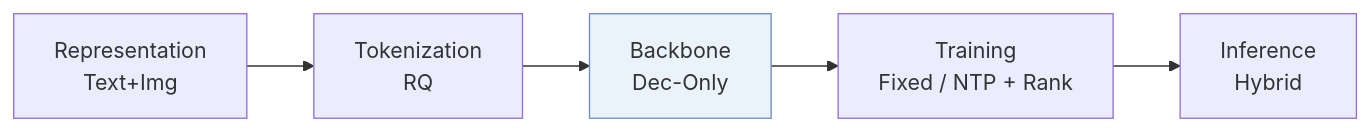
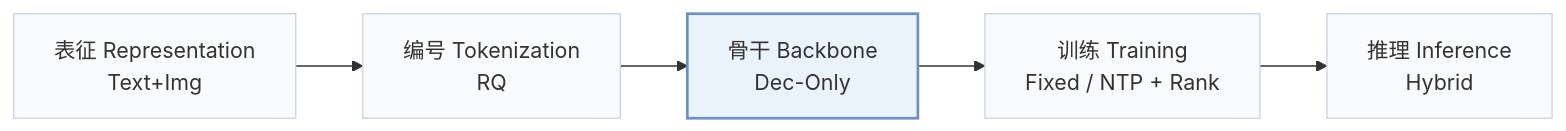
The first of 2 diagrams in pages/zh/papers/recochain.md (Galaxy-ghost/Awesome-SID-Generative-Rec), drawn with Mermaid before and after one commit. The commit also changed other lines of this file and 649 other files, not shown here.

Commit message:
writer-05: also tags and modality index (schema, check, build, visuals); summary field removed; calibration data for 12 papers

````diff
--- a/pages/zh/papers/recochain.md
+++ b/pages/zh/papers/recochain.md
@@ -13,6 +15,8 @@
 ```mermaid
 flowchart LR
-    R["Representation<br/>Text+Img"] --> T["Tokenization<br/>RQ"] --> B["Backbone<br/>Dec-Only"] --> TR["Training<br/>Fixed / NTP + Rank"] --> I["Inference<br/>Hybrid"]
-    classDef main fill:#eaf2fb,stroke:#6b8fc7
+    R["表征 Representation<br/>Text+Img"] --> T["编号 Tokenization<br/>RQ"] --> B["骨干 Backbone<br/>Dec-Only"] --> TR["训练 Training<br/>Fixed / NTP + Rank"] --> I["推理 Inference<br/>Hybrid"]
+    classDef base fill:#f8fafc,stroke:#cbd5e1
+    class R,T,B,TR,I base
+    classDef main fill:#eaf2fb,stroke:#6b8fc7,stroke-width:2px
     class B main
 ```
````
